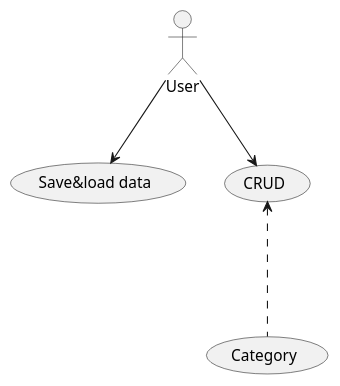
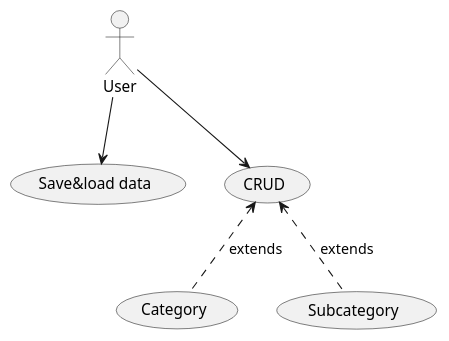
One commit to undiscoveredWorld/finance_plan changed the diagram in docs/current/usecase.puml. Above: the diagram before and after it, drawn with PlantUML. The commit also changed 8 other files, not shown here.

```diff
--- a/docs/current/usecase.puml
+++ b/docs/current/usecase.puml
@@ -1,9 +1,10 @@
 @startuml usecase
 
 actor User
 
 User -down-> (Save&load data)
 User -down-> (CRUD)
-(CRUD) <-down-. (Category)
+(CRUD) <-down. (Category) : extends
+(CRUD) <-down. (Subcategory) : extends
 
 @enduml
```
